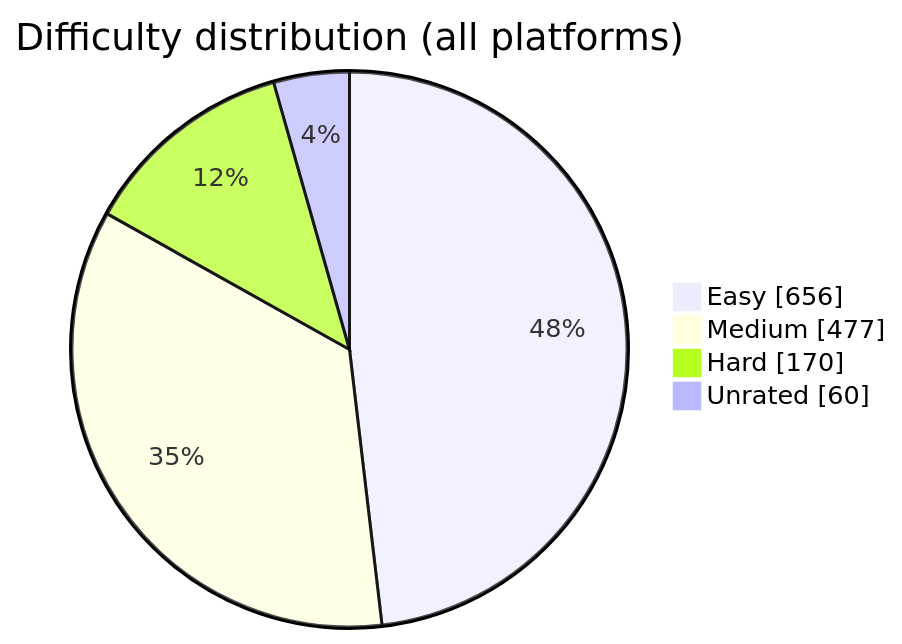
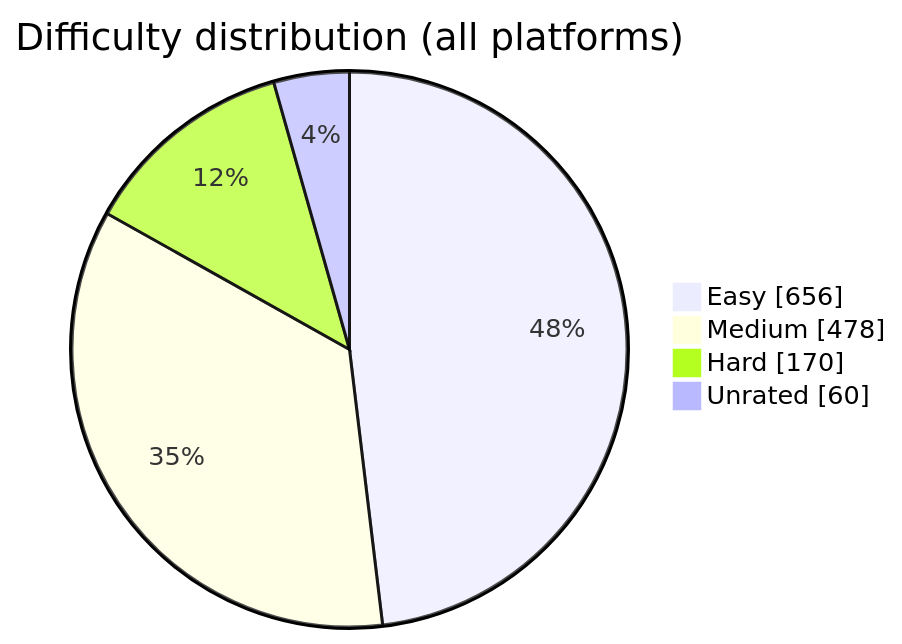
Before and after one commit to BuildbyArindam/Daily-Coding-Log: the diagram in README.md, drawn with Mermaid. The commit also changed other lines of this file, not shown here.

````diff
--- a/README.md
+++ b/README.md
@@ -93,7 +93,7 @@
 ```mermaid
 pie showData title Difficulty distribution (all platforms)
     "Easy" : 656
-    "Medium" : 477
+    "Medium" : 478
     "Hard" : 170
     "Unrated" : 60
 ```
````
